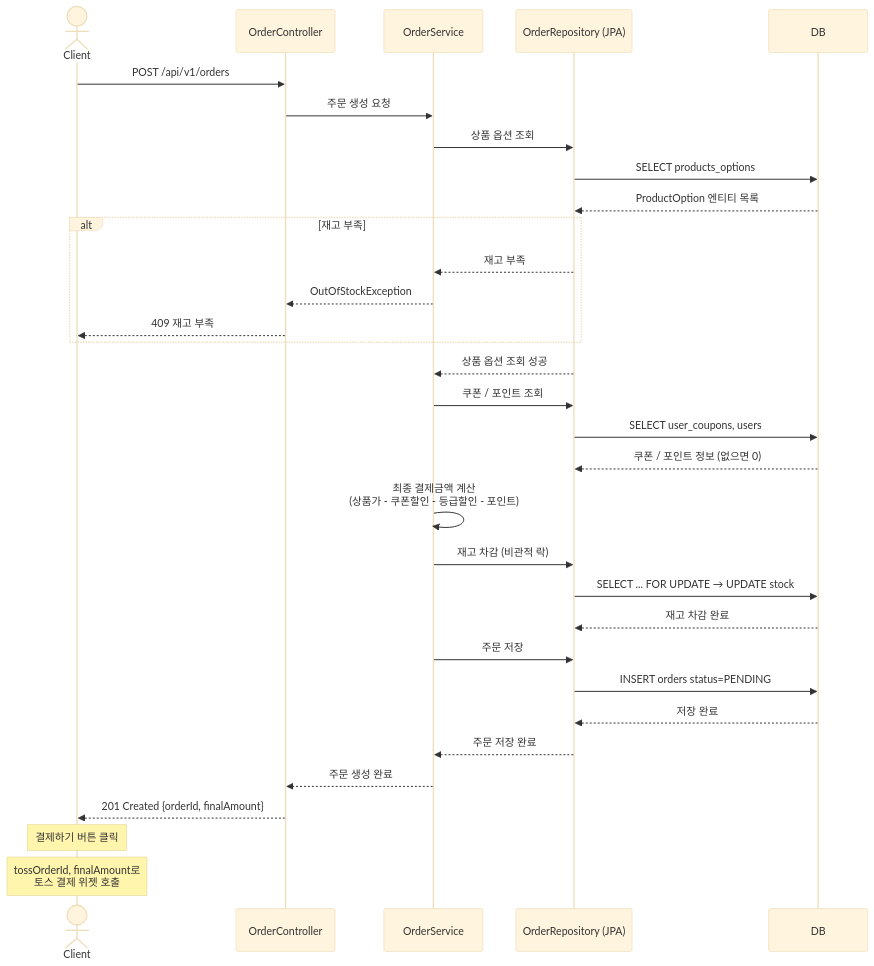
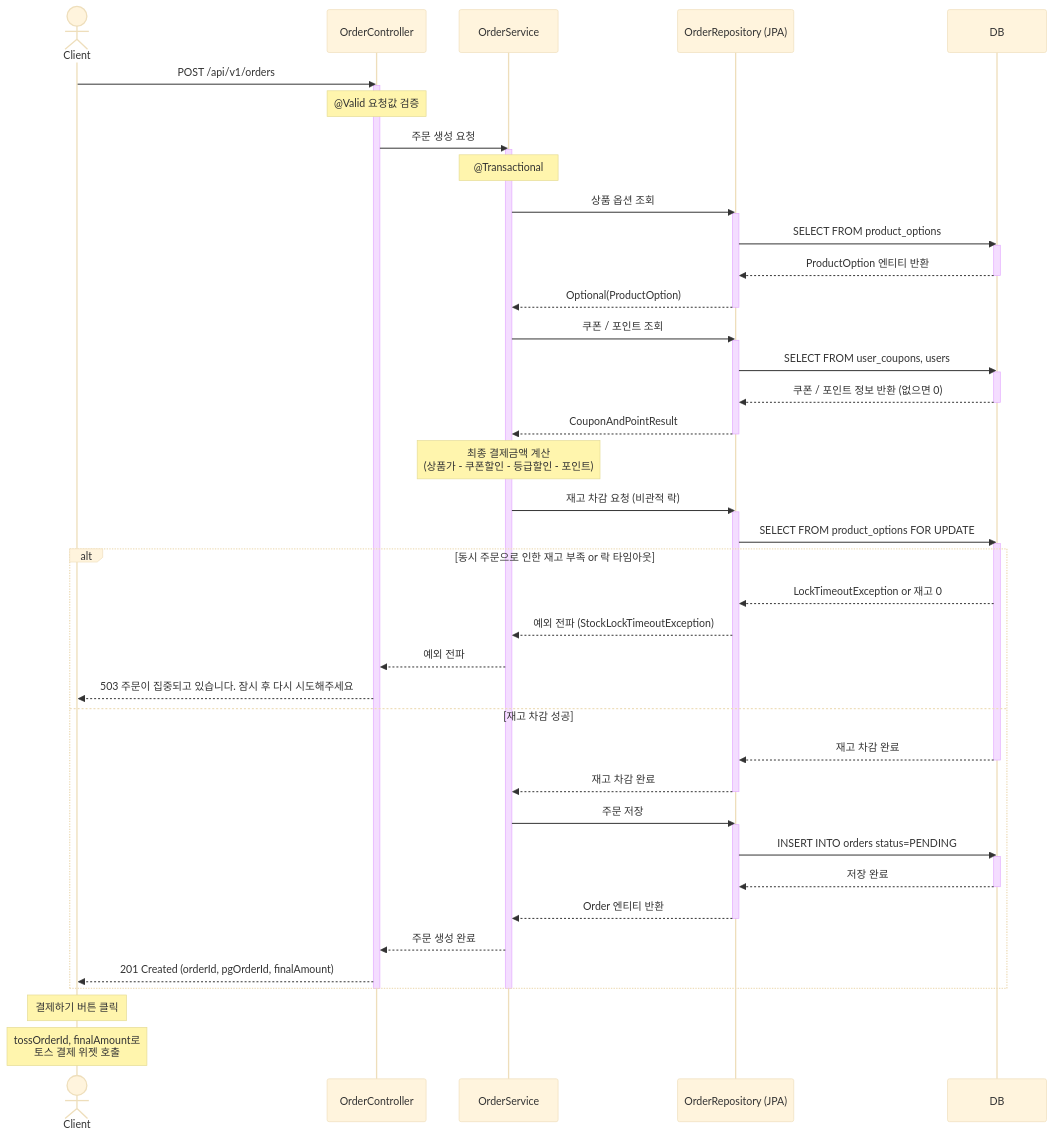
The first of 3 diagrams in README.md (ccommit/stylehub), drawn with Mermaid (base theme) before and after one commit.

````diff
--- a/README.md
+++ b/README.md
@@ -271,48 +271,73 @@
  ``` mermaid
 
 sequenceDiagram
     actor Client as Client
     participant Controller as OrderController
     participant Service as OrderService
     participant Repository as OrderRepository (JPA)
     participant DB as DB
 
     Client->>Controller: POST /api/v1/orders
-
+    activate Controller
+    Note over Controller: @Valid 요청값 검증
     Controller->>Service: 주문 생성 요청
+    activate Service
+    Note over Service: @Transactional
 
     Service->>Repository: 상품 옵션 조회
-    Repository->>DB: SELECT products_options
-    DB-->>Repository: ProductOption 엔티티 목록
+    activate Repository
+    Repository->>DB: SELECT FROM product_options
+    activate DB
+    DB-->>Repository: ProductOption 엔티티 반환
+    deactivate DB
+    Repository-->>Service: Optional(ProductOption)
+    deactivate Repository
 
-    alt 재고 부족
-        Repository-->>Service: 재고 부족
-        Service-->>Controller: OutOfStockException
-        Controller-->>Client: 409 재고 부족
+    Service->>Repository: 쿠폰 / 포인트 조회
+    activate Repository
+    Repository->>DB: SELECT FROM user_coupons, users
+    activate DB
+    DB-->>Repository: 쿠폰 / 포인트 정보 반환 (없으면 0)
+    deactivate DB
+    Repository-->>Service: CouponAndPointResult
+    deactivate Repository
+
+    Note over Service: 최종 결제금액 계산<br/>(상품가 - 쿠폰할인 - 등급할인 - 포인트)
+
+    Service->>Repository: 재고 차감 요청 (비관적 락)
+    activate Repository
+    Repository->>DB: SELECT FROM product_options FOR UPDATE
+    activate DB
+
+    alt 동시 주문으로 인한 재고 부족 or 락 타임아웃
+        DB-->>Repository: LockTimeoutException or 재고 0
+        Repository-->>Service: 예외 전파 (StockLockTimeoutException)
+        Service-->>Controller: 예외 전파
+        Controller-->>Client: 503 주문이 집중되고 있습니다. 잠시 후 다시 시도해주세요
+    else 재고 차감 성공
+        DB-->>Repository: 재고 차감 완료
+        deactivate DB
+        Repository-->>Service: 재고 차감 완료
+        deactivate Repository
+
+        Service->>Repository: 주문 저장
+        activate Repository
+        Repository->>DB: INSERT INTO orders status=PENDING
+        activate DB
+        DB-->>Repository: 저장 완료
+        deactivate DB
+        Repository-->>Service: Order 엔티티 반환
+        deactivate Repository
+
+        Service-->>Controller: 주문 생성 완료
+        Controller-->>Client: 201 Created (orderId, pgOrderId, finalAmount)
     end
 
-    Repository-->>Service: 상품 옵션 조회 성공
-
-    Service->>Repository: 쿠폰 / 포인트 조회
-    Repository->>DB: SELECT user_coupons, users
-    DB-->>Repository: 쿠폰 / 포인트 정보 (없으면 0)
-
-    Service->>Service: 최종 결제금액 계산<br/>(상품가 - 쿠폰할인 - 등급할인 - 포인트)
-
-    Service->>Repository: 재고 차감 (비관적 락)
-    Repository->>DB: SELECT ... FOR UPDATE → UPDATE stock
-    DB-->>Repository: 재고 차감 완료
-
-    Service->>Repository: 주문 저장
-    Repository->>DB: INSERT orders status=PENDING
-    DB-->>Repository: 저장 완료
-
-    Repository-->>Service: 주문 저장 완료
-    Service-->>Controller: 주문 생성 완료
-    Controller-->>Client: 201 Created {orderId, finalAmount}
+    deactivate Service
+    deactivate Controller
 
     Note over Client: 결제하기 버튼 클릭
     Note over Client: tossOrderId, finalAmount로<br/>토스 결제 위젯 호출
 
 
  ```
````
